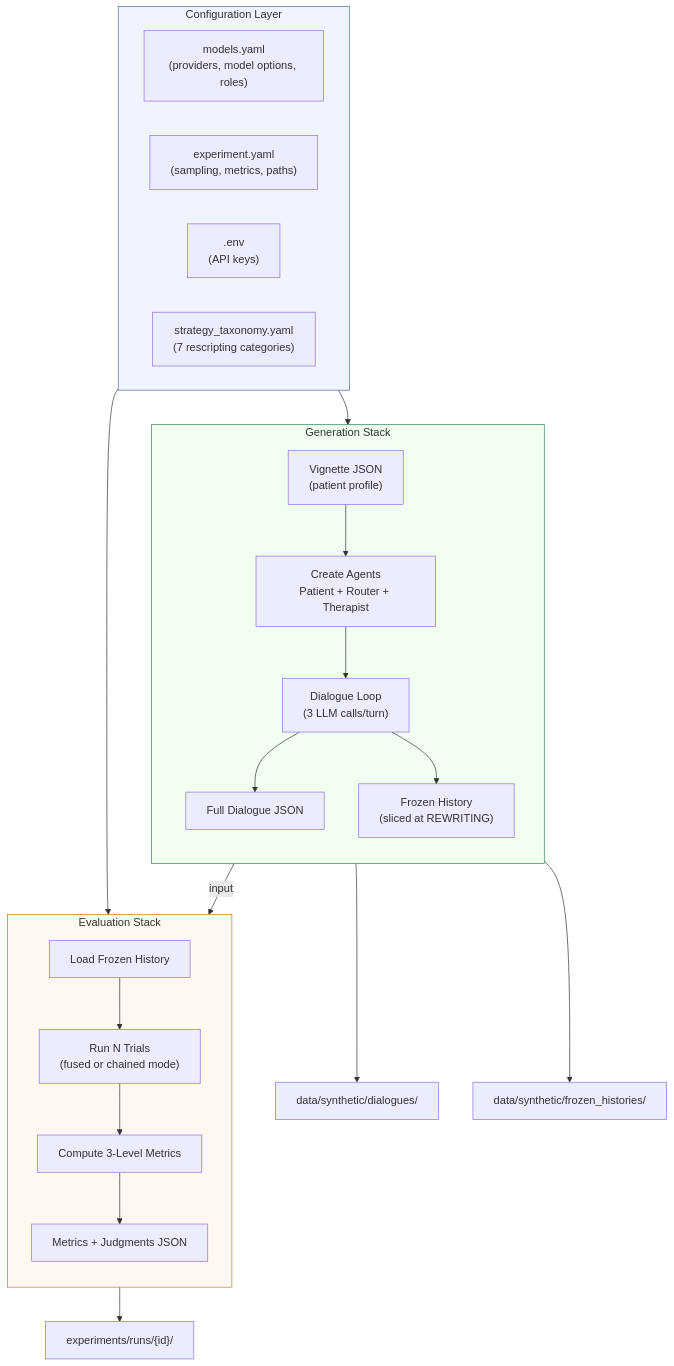
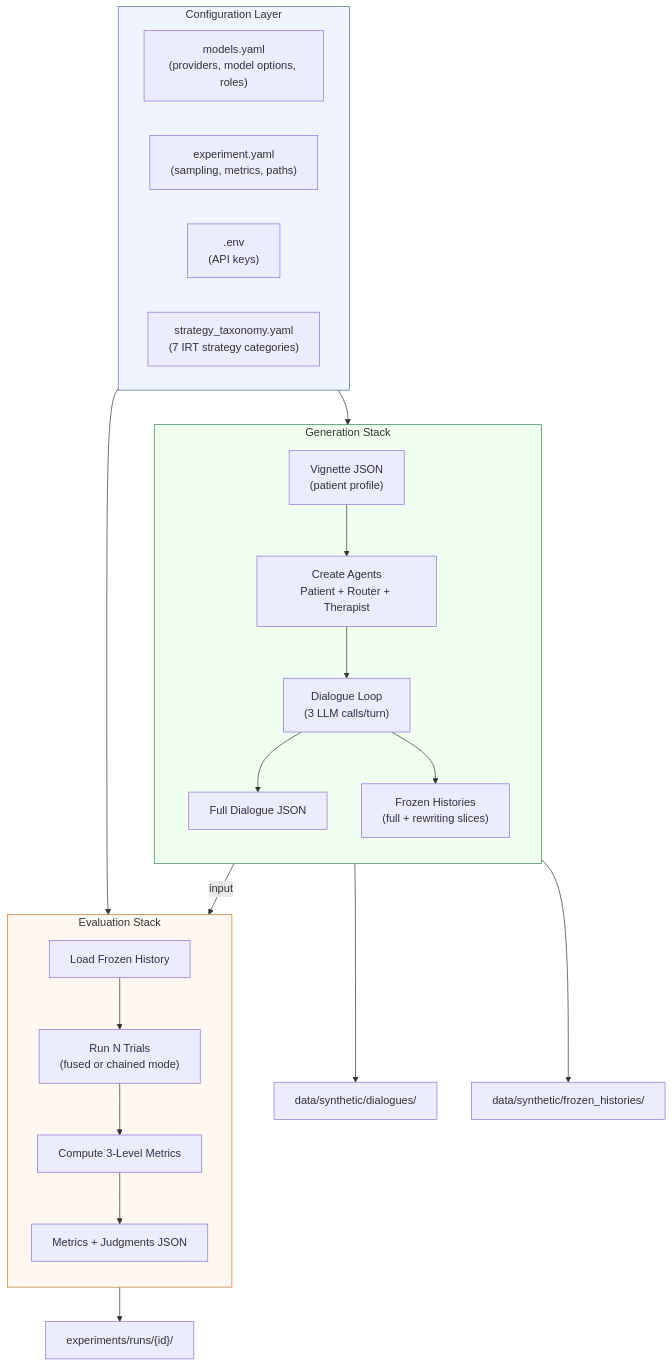
Before and after one commit to reDreamAI/measure-ai-drift: the first of 4 diagrams in docs/pipeline_flowcharts.md, drawn with Mermaid. The commit also changed other lines of this file and 1 other file, not shown here.

Commit message:
updated architecture representation

````diff
--- a/docs/pipeline_flowcharts.md
+++ b/docs/pipeline_flowcharts.md
@@ -11,36 +11,36 @@
 ```mermaid
 flowchart TB
     subgraph config["Configuration Layer"]
         models["models.yaml\n(providers, model options, roles)"]
         experiment["experiment.yaml\n(sampling, metrics, paths)"]
         env[".env\n(API keys)"]
-        taxonomy["strategy_taxonomy.yaml\n(7 rescripting categories)"]
+        taxonomy["strategy_taxonomy.yaml\n(7 IRT strategy categories)"]
     end
 
     subgraph gen["Generation Stack"]
         direction TB
         vignette["Vignette JSON\n(patient profile)"] --> agents["Create Agents\nPatient + Router + Therapist"]
         agents --> loop["Dialogue Loop\n(3 LLM calls/turn)"]
         loop --> dialogue["Full Dialogue JSON"]
-        loop --> frozen["Frozen History\n(sliced at REWRITING)"]
+        loop --> frozen["Frozen Histories\n(full + rewriting slices)"]
     end
 
     subgraph eval["Evaluation Stack"]
         direction TB
         load["Load Frozen History"] --> trials["Run N Trials\n(fused or chained mode)"]
         trials --> metrics["Compute 3-Level Metrics"]
         metrics --> results["Metrics + Judgments JSON"]
     end
 
     config --> gen
     config --> eval
     frozen -->|"input"| load
 
     dialogue --> out_dial["data/synthetic/dialogues/"]
     frozen --> out_frozen["data/synthetic/frozen_histories/"]
     results --> out_runs["experiments/runs/{id}/"]
 
     style config fill:#f0f4ff,stroke:#4a6fa5
     style gen fill:#f0fff0,stroke:#2d8a4e
     style eval fill:#fff8f0,stroke:#c47a2a
 ```
````
